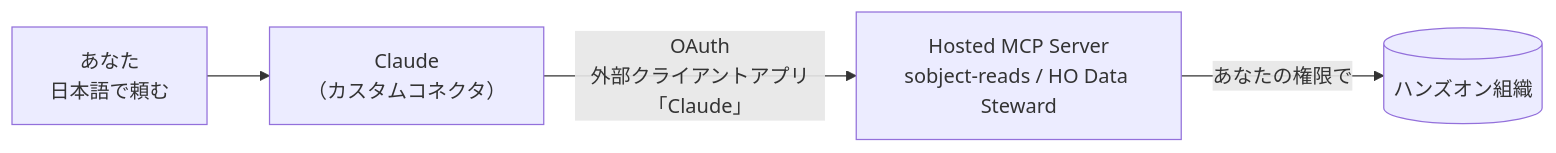
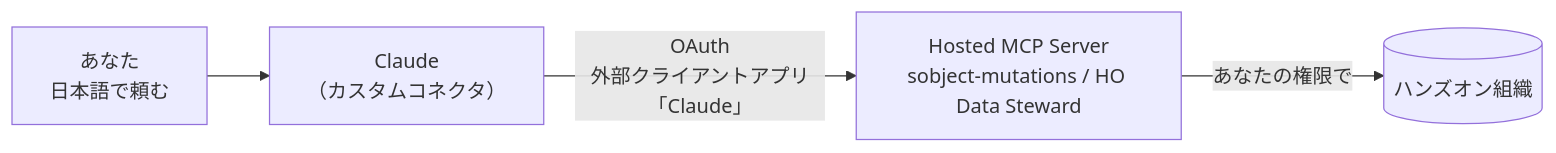
The diagram in README.md (albatrosdx/awtt-mcp), drawn with Mermaid before and after one commit. The commit also changed other lines of this file and 1 other file, not shown here.

First line of the commit message:
Update connector setup: sobject-mutations, own-org URLs, copyable client ID

````diff
--- a/README.md
+++ b/README.md
@@ -29,6 +29,6 @@
 ```mermaid
 flowchart LR
   You["あなた<br/>日本語で頼む"] --> Claude["Claude<br/>（カスタムコネクタ）"]
-  Claude -- "OAuth<br/>外部クライアントアプリ「Claude」" --> MCP["Hosted MCP Server<br/>sobject-reads / HO Data Steward"]
+  Claude -- "OAuth<br/>外部クライアントアプリ「Claude」" --> MCP["Hosted MCP Server<br/>sobject-mutations / HO Data Steward"]
   MCP -- "あなたの権限で" --> Org[("ハンズオン組織")]
 ```
````
